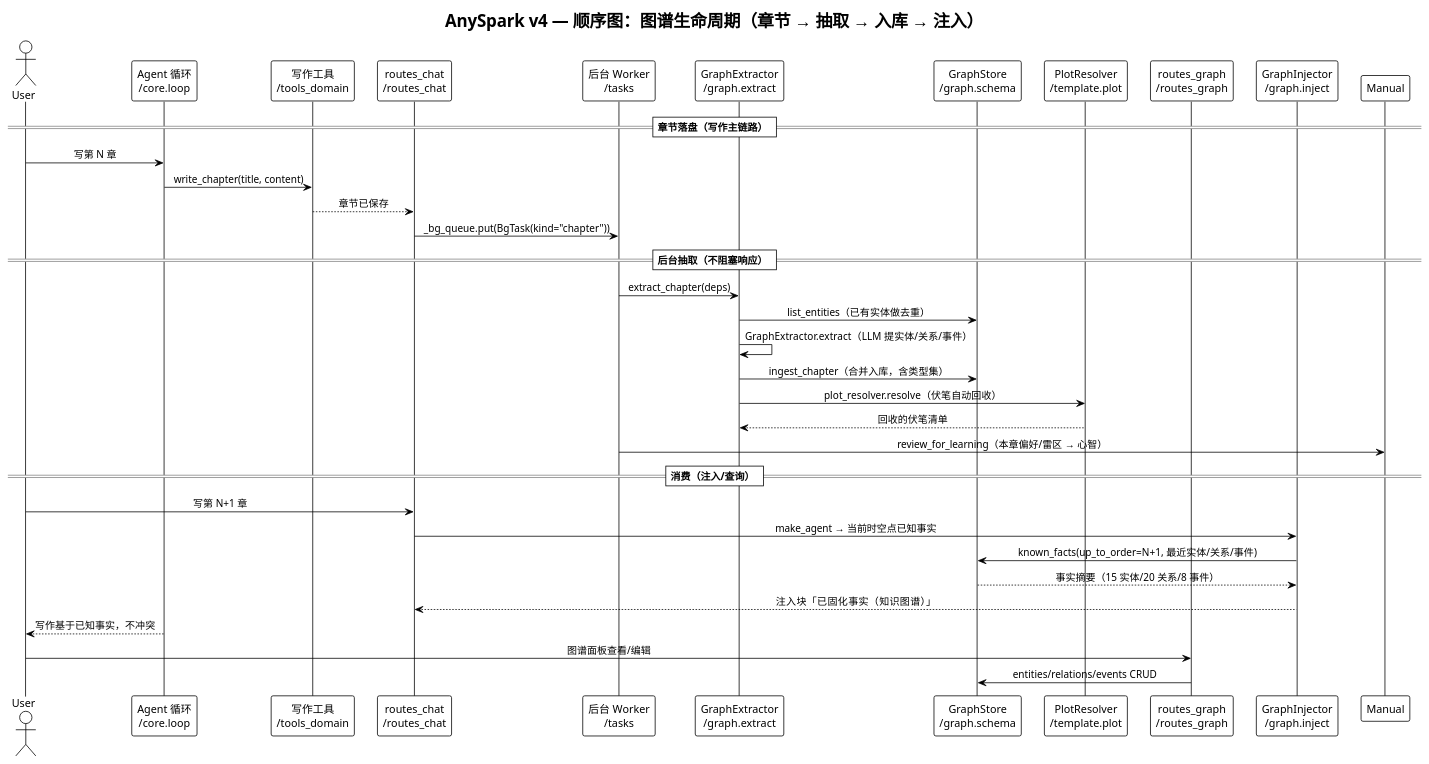
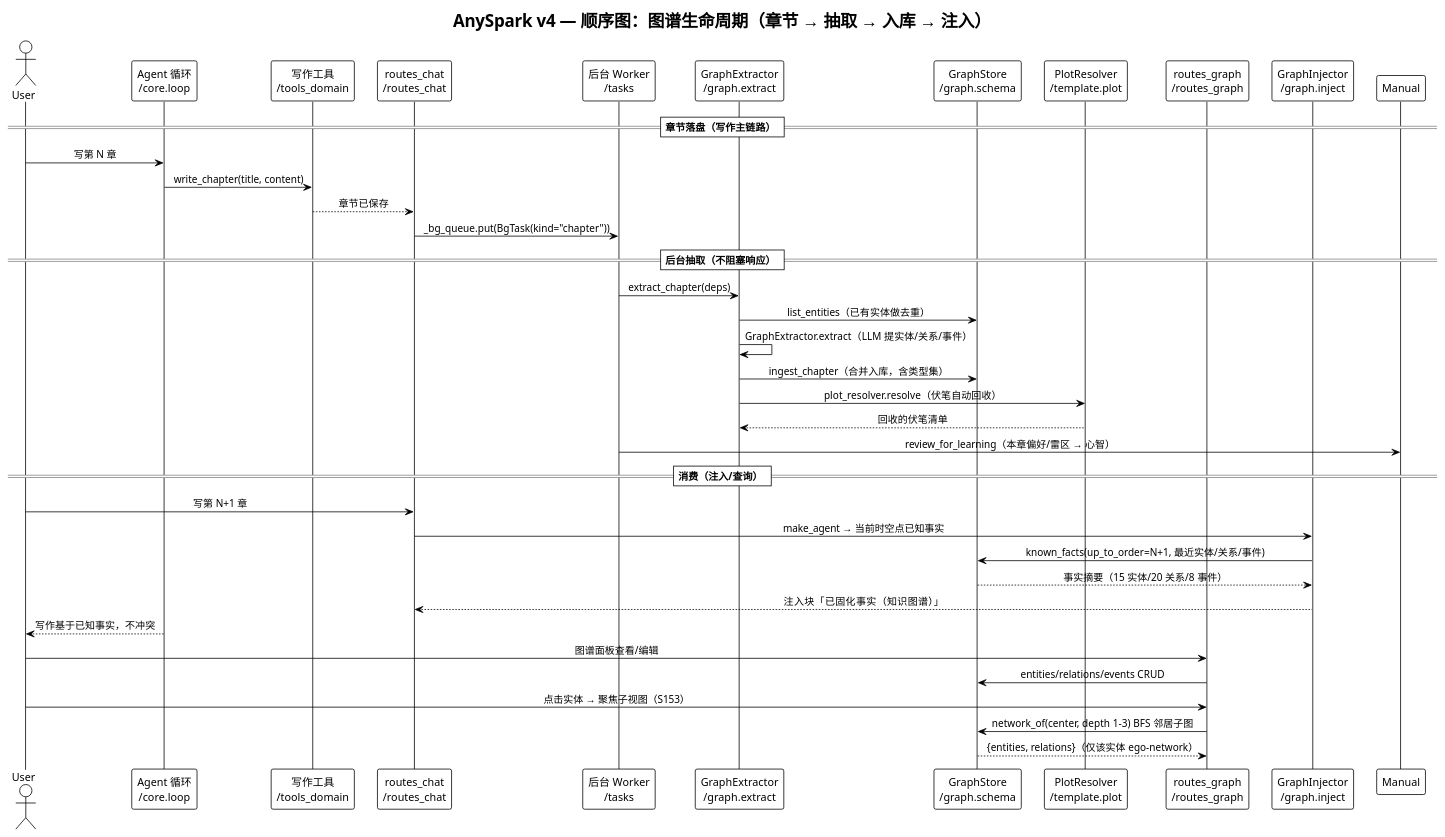
The diagram in docs/uml/sequence_graph.puml (Mikexujunrui/AnySpark), drawn with PlantUML before and after one commit. The commit also changed 10 other files, not shown here.

First line of the commit message:
S153: 图谱表现力 + 聚焦子视图——d3-force 布局/图例/图标/箭头/搜索过滤 + ego-network 邻居子图端点

```diff
--- a/docs/uml/sequence_graph.puml
+++ b/docs/uml/sequence_graph.puml
@@ -1,42 +1,45 @@
 @startuml AnySpark v4 - Sequence: 图谱生命周期（知识如何长出）
 !theme plain
 title AnySpark v4 — 顺序图：图谱生命周期（章节 → 抽取 → 入库 → 注入）
 skinparam sequenceMessageAlign center
 skinparam responseMessageBelowArrow true
 
 actor User
 participant "Agent 循环\n/core.loop" as Agent
 participant "写作工具\n/tools_domain" as Tools
 participant "routes_chat\n/routes_chat" as Chat
 participant "后台 Worker\n/tasks" as BG
 participant "GraphExtractor\n/graph.extract" as GX
 participant "GraphStore\n/graph.schema" as GS
 participant "PlotResolver\n/template.plot" as PR
 participant "routes_graph\n/routes_graph" as GR
 participant "GraphInjector\n/graph.inject" as GI
 
 == 章节落盘（写作主链路） ==
 User -> Agent: 写第 N 章
 Agent -> Tools: write_chapter(title, content)
 Tools --> Chat: 章节已保存
 Chat -> BG: _bg_queue.put(BgTask(kind="chapter"))
 
 == 后台抽取（不阻塞响应） ==
 BG -> GX: extract_chapter(deps)
 GX -> GS: list_entities（已有实体做去重）
 GX -> GX: GraphExtractor.extract（LLM 提实体/关系/事件）
 GX -> GS: ingest_chapter（合并入库，含类型集）
 GX -> PR: plot_resolver.resolve（伏笔自动回收）
 PR --> GX: 回收的伏笔清单
 BG -> Manual: review_for_learning（本章偏好/雷区 → 心智）
 
 == 消费（注入/查询） ==
 User -> Chat: 写第 N+1 章
 Chat -> GI: make_agent → 当前时空点已知事实
 GI -> GS: known_facts(up_to_order=N+1, 最近实体/关系/事件)
 GS --> GI: 事实摘要（15 实体/20 关系/8 事件）
 GI --> Chat: 注入块「已固化事实（知识图谱）」
 Agent --> User: 写作基于已知事实，不冲突
 User -> GR: 图谱面板查看/编辑
 GR -> GS: entities/relations/events CRUD
+User -> GR: 点击实体 → 聚焦子视图（S153）
+GR -> GS: network_of(center, depth 1-3) BFS 邻居子图
+GS --> GR: {entities, relations}（仅该实体 ego-network）
 @enduml
```
